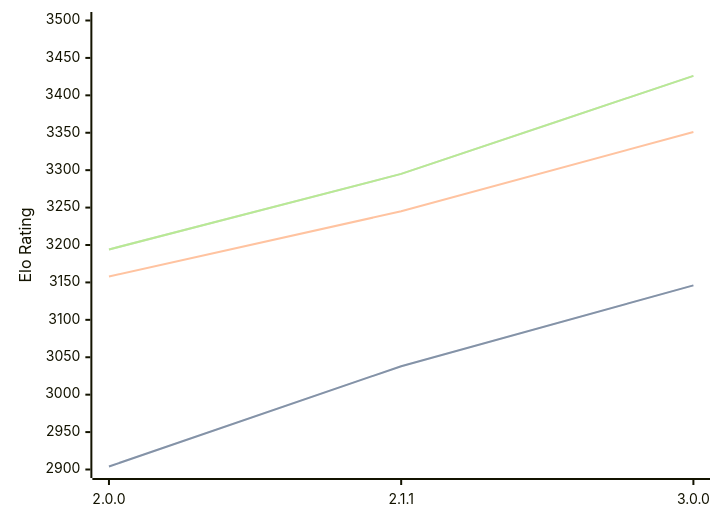
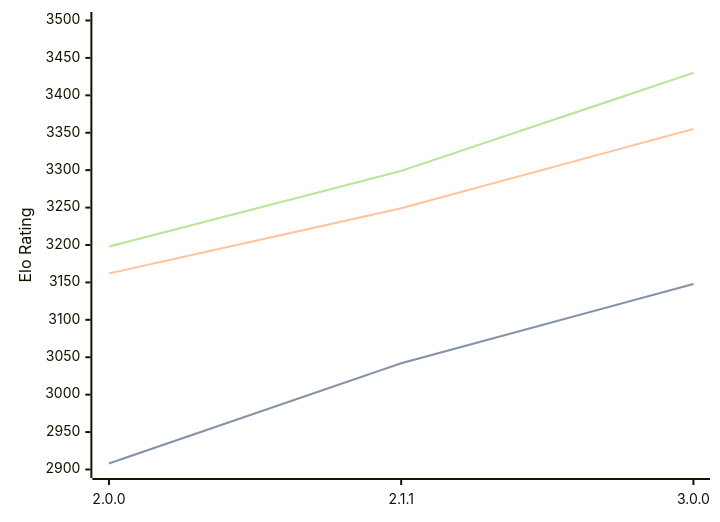
One commit to computer-chess-index/cci changed the diagram in engines/Bread.md. Above: the diagram before and after it, drawn with Mermaid. The commit also changed other lines of this file, not shown here.

Commit message:
Update CCI Ratings (ELO VLTC) - 2026-05-02

````diff
--- a/engines/Bread.md
+++ b/engines/Bread.md
@@ -51,11 +51,11 @@
 ```mermaid
 %%{init: {"theme":"base","themeVariables":{"seriesColors:['#a3a3a3','#222221','#faa371']}}}%%
 xychart-beta
   x-axis ["2.0.0", "2.1.1", "3.0.0"]
   y-axis "Elo Rating" 2900 --> 3500
-  line "STC (8.0+0.08s)" [2904, 3038, 3146]
-  line "STC (8.0+0.08s)" [2904, 3038, 3146]
-  line "LTC (60.0+0.60s)" [3158, 3245, 3351]
-  line "VLTC (2m24s+1.12s)" [3194, 3295, 3426]
-  line "VLTC (2m24s+1.12s)" [3194, 3295, 3426]
+  line "STC (8.0+0.08s)" [2908, 3042, 3148]
+  line "STC (8.0+0.08s)" [2908, 3042, 3148]
+  line "LTC (60.0+0.60s)" [3162, 3249, 3355]
+  line "VLTC (2m24s+1.12s)" [3198, 3299, 3430]
+  line "VLTC (2m24s+1.12s)" [3198, 3299, 3430]
 ```
````
